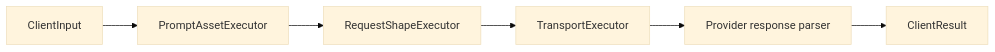
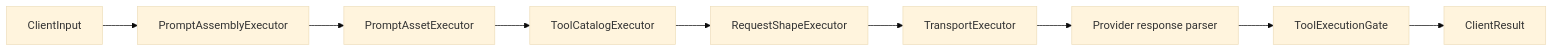
Before and after one commit to galiakhmetovc/scaling-lamp: the fifth of 8 diagrams in docs/clean-room-current-system-detailed.md, drawn with Mermaid (base theme). The commit also changed other lines of this file and 38 other files, not shown here.

Commit message:
feat(teamD): add prompt assembly and tool policy domains

````diff
--- a/docs/clean-room-current-system-detailed.md
+++ b/docs/clean-room-current-system-detailed.md
@@ -428,8 +457,11 @@
 ```mermaid
 flowchart LR
-    A[ClientInput] --> B[PromptAssetExecutor]
-    B --> C[RequestShapeExecutor]
+    A[ClientInput] --> G[PromptAssemblyExecutor]
+    G --> B[PromptAssetExecutor]
+    B --> H[ToolCatalogExecutor]
+    H --> C[RequestShapeExecutor]
     C --> D[TransportExecutor]
     D --> E[Provider response parser]
-    E --> F[ClientResult]
+    E --> I[ToolExecutionGate]
+    I --> F[ClientResult]
 ```
````
